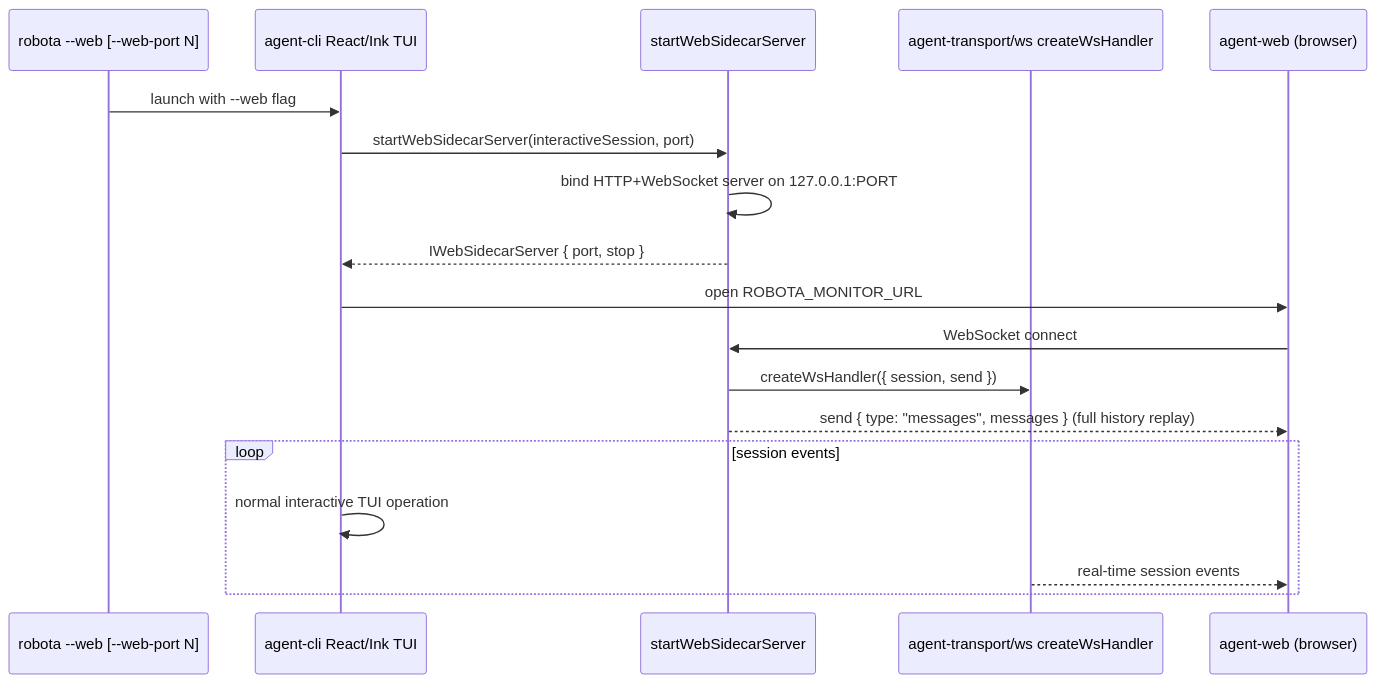
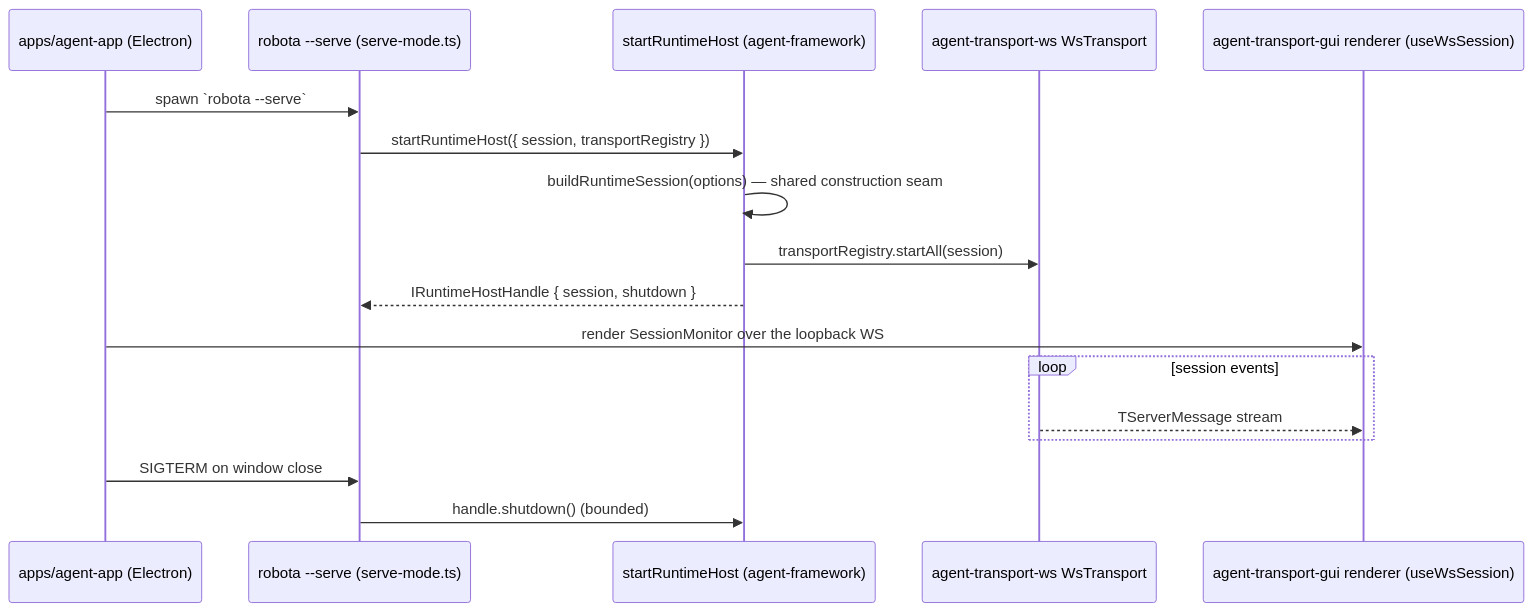
Before and after one commit to woojubb/robota: the third of 3 diagrams in .agents/specs/architecture-map/agent-cli/execution-modes.md, drawn with Mermaid. The commit also changed other lines of this file and 17 other files, not shown here.

````diff
--- a/.agents/specs/architecture-map/agent-cli/execution-modes.md
+++ b/.agents/specs/architecture-map/agent-cli/execution-modes.md
@@ -74,23 +78,20 @@
 ```mermaid
 sequenceDiagram
-  participant User as robota --web [--web-port N]
-  participant TUI as agent-cli React/Ink TUI
-  participant Sidecar as startWebSidecarServer
-  participant WsTransport as agent-transport/ws createWsHandler
-  participant Browser as agent-web (browser)
+  participant App as apps/agent-app (Electron)
+  participant CLI as robota --serve (serve-mode.ts)
+  participant Host as startRuntimeHost (agent-framework)
+  participant WS as agent-transport-ws WsTransport
+  participant GUI as agent-transport-gui renderer (useWsSession)
 
-  User->>TUI: launch with --web flag
-  TUI->>Sidecar: startWebSidecarServer(interactiveSession, port)
-  Sidecar->>Sidecar: bind HTTP+WebSocket server on 127.0.0.1:PORT
-  Sidecar-->>TUI: IWebSidecarServer { port, stop }
-  TUI->>Browser: open ROBOTA_MONITOR_URL
-
-  Browser->>Sidecar: WebSocket connect
-  Sidecar->>WsTransport: createWsHandler({ session, send })
-  Sidecar-->>Browser: send { type: "messages", messages } (full history replay)
-
+  App->>CLI: spawn `robota --serve`
+  CLI->>Host: startRuntimeHost({ session, transportRegistry })
+  Host->>Host: buildRuntimeSession(options) — shared construction seam
+  Host->>WS: transportRegistry.startAll(session)
+  Host-->>CLI: IRuntimeHostHandle { session, shutdown }
+  App->>GUI: render SessionMonitor over the loopback WS
   loop session events
-    TUI->>TUI: normal interactive TUI operation
-    WsTransport-->>Browser: real-time session events
+    WS-->>GUI: TServerMessage stream
   end
+  App->>CLI: SIGTERM on window close
+  CLI->>Host: handle.shutdown() (bounded)
 ```
````
